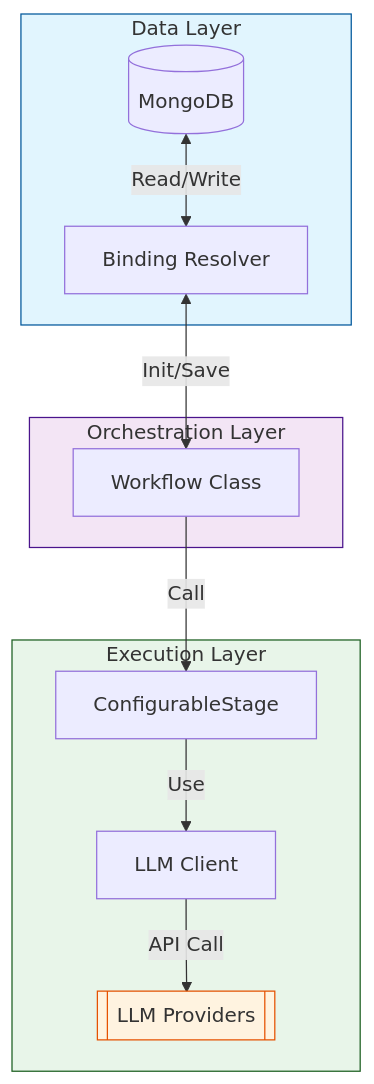
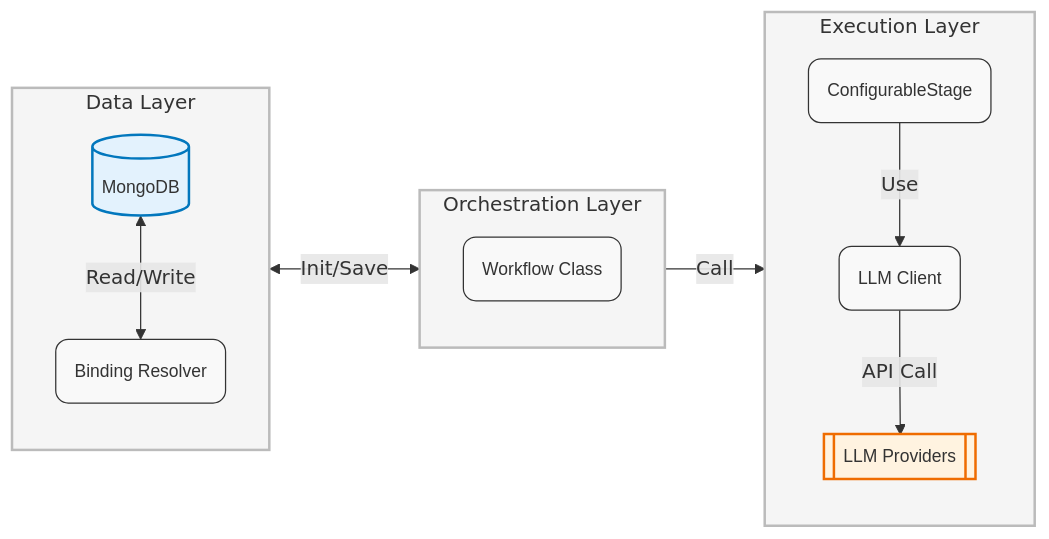
Before and after one commit to ProxRick/easy-scaffold: the diagram in README.md, drawn with Mermaid.

Commit message:
Update architecture diagram: horizontal layout, rounded boxes, better styling

````diff
--- a/README.md
+++ b/README.md
@@ -159,32 +159,40 @@
 ```mermaid
-graph TD
+graph LR
+    %% Styling for rounded boxes and fonts
+    classDef default fill:#f9f9f9,stroke:#333,stroke-width:1px,rx:10,ry:10,font-family:Arial,font-size:14px;
+    classDef db fill:#e3f2fd,stroke:#0277bd,stroke-width:2px,rx:5,ry:5;
+    classDef provider fill:#fff3e0,stroke:#ef6c00,stroke-width:2px,rx:5,ry:5;
+    classDef layer fill:#fff,stroke:#ddd,stroke-width:2px,stroke-dasharray: 5 5;
+
     subgraph Data_Layer [Data Layer]
-        DB[(MongoDB)]
-        Binding[Binding Resolver]
+        direction TB
+        DB[(MongoDB)]:::db
+        Binding(Binding Resolver)
     end
 
     subgraph Orchestration_Layer [Orchestration Layer]
-        Workflow[Workflow Class]
+        direction TB
+        Workflow(Workflow Class)
     end
 
     subgraph Execution_Layer [Execution Layer]
-        Stage[ConfigurableStage]
-        Client[LLM Client]
-        Providers[[LLM Providers]]
+        direction TB
+        Stage(ConfigurableStage)
+        Client(LLM Client)
+        Providers[[LLM Providers]]:::provider
     end
 
     %% Data Flow
     DB <-->|Read/Write| Binding
     Binding <-->|Init/Save| Workflow
 
     %% Execution Flow
     Workflow -->|Call| Stage
     Stage -->|Use| Client
     Client -->|API Call| Providers
 
-    %% Styling
-    style Data_Layer fill:#e1f5fe,stroke:#01579b
-    style Orchestration_Layer fill:#f3e5f5,stroke:#4a148c
-    style Execution_Layer fill:#e8f5e9,stroke:#1b5e20
-    style Providers fill:#fff3e0,stroke:#e65100
+    %% Apply Layer Styles
+    style Data_Layer fill:#f5f5f5,stroke:#bbb,stroke-width:2px
+    style Orchestration_Layer fill:#f5f5f5,stroke:#bbb,stroke-width:2px
+    style Execution_Layer fill:#f5f5f5,stroke:#bbb,stroke-width:2px
 ```
````
